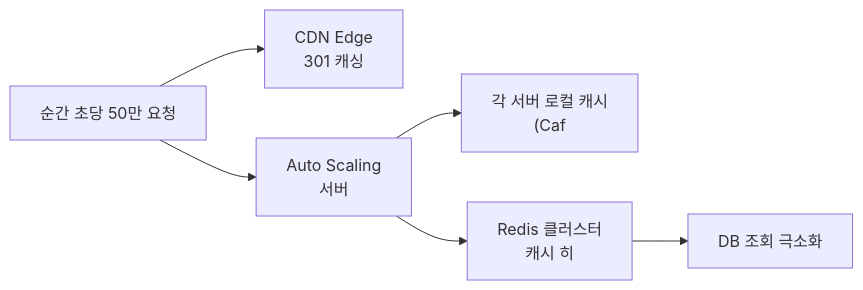
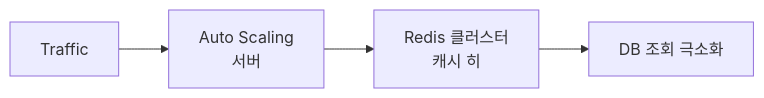
The eighth of 8 diagrams in _posts/systemdesign/2026-05-02-system-design-url-shortener.md (yjkim2015/yjkim2015.github.io), drawn with Mermaid before and after one commit. The commit also changed other lines of this file and 149 other files, not shown here.

First line of the commit message:
Mermaid 가독성 개선: 라벨 축약, 노드 축소, TD→LR 변환

````diff
--- a/_posts/systemdesign/2026-05-02-system-design-url-shortener.md
+++ b/_posts/systemdesign/2026-05-02-system-design-url-shortener.md
@@ -360,8 +357,6 @@
 ```mermaid
 graph LR
-    Traffic["순간 초당 50만 요청"] --> CDN["CDN Edge<br>301 캐싱"]
     Traffic --> LB["Auto Scaling<br>서버"]
-    LB --> LocalCache["각 서버 로컬 캐시<br>(Caf"]
     LB --> Redis["Redis 클러스터<br>캐시 히"]
     Redis --> DB["DB 조회 극소화"]
 ```
````
